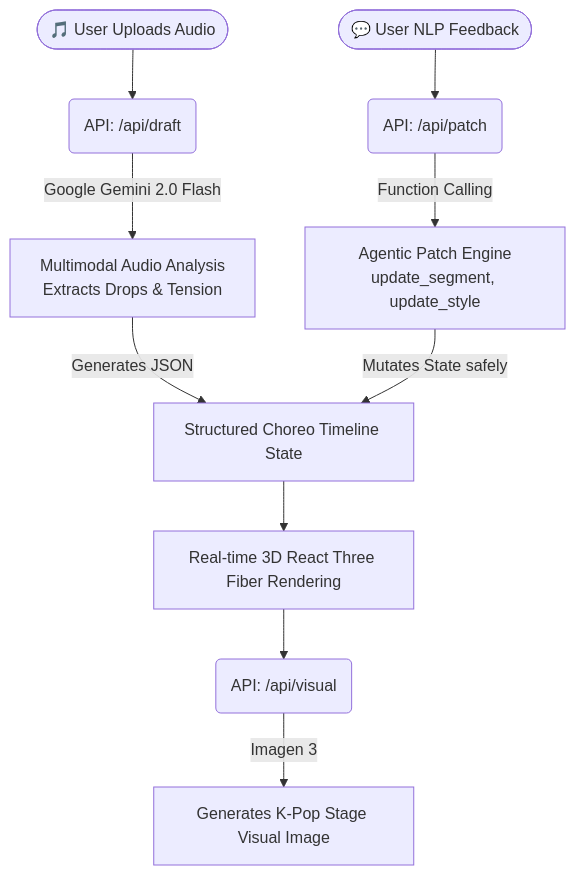
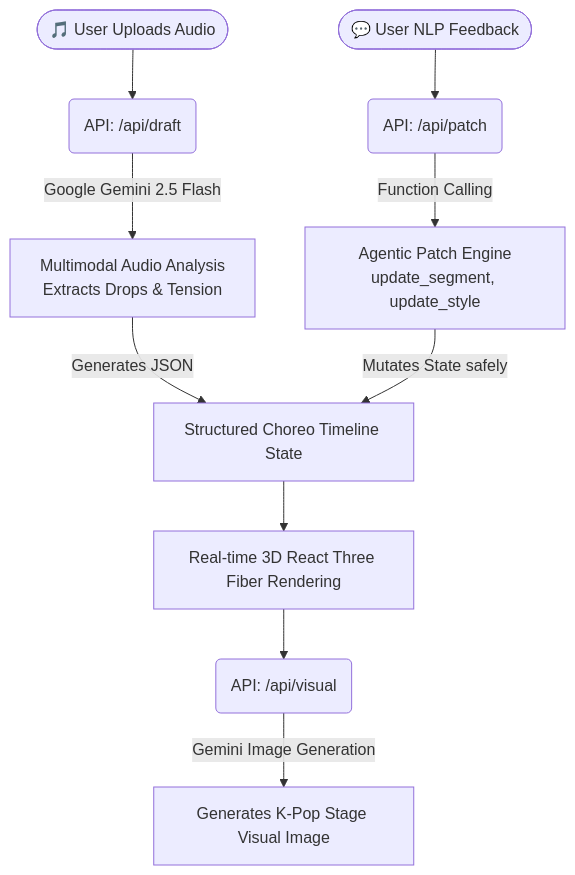
The diagram in README.md (sun9huni/syncstage-ai), drawn with Mermaid before and after one commit. The commit also changed other lines of this file and 4 other files, not shown here.

````diff
--- a/README.md
+++ b/README.md
@@ -12,13 +12,13 @@
 ```mermaid
 graph TD
     User([🎵 User Uploads Audio]) --> DraftAPI(API: /api/draft)
-    DraftAPI -->|Google Gemini 2.0 Flash| Analysis[Multimodal Audio Analysis\nExtracts Drops & Tension]
+    DraftAPI -->|Google Gemini 2.5 Flash| Analysis[Multimodal Audio Analysis\nExtracts Drops & Tension]
     Analysis -->|Generates JSON| Timeline[Structured Choreo Timeline State]
     Timeline --> UI[Real-time 3D React Three Fiber Rendering]
     UI --> VisualAPI(API: /api/visual)
-    VisualAPI -->|Imagen 3| StageImage[Generates K-Pop Stage Visual Image]
+    VisualAPI -->|Gemini Image Generation| StageImage[Generates K-Pop Stage Visual Image]
     
     UserFeedback([💬 User NLP Feedback]) --> PatchAPI(API: /api/patch)
     PatchAPI -->|Function Calling| PatchEngine[Agentic Patch Engine\nupdate_segment, update_style]
     PatchEngine -->|Mutates State safely| Timeline
 ```
````
